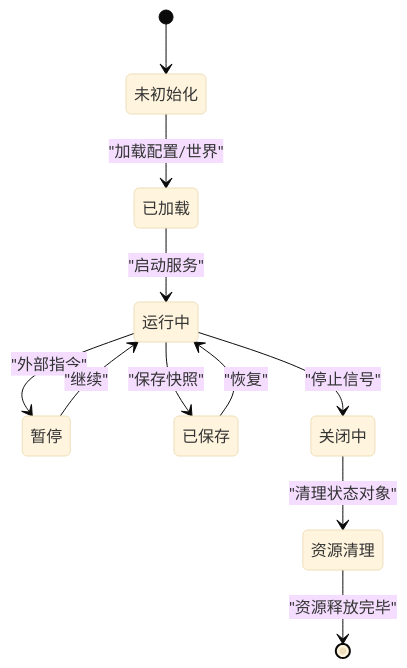
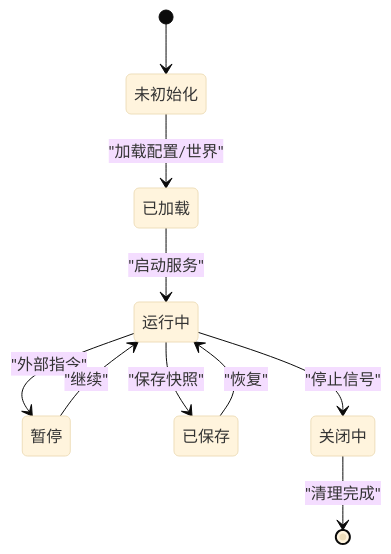
One commit to Ivandanslespace/thegreatnovel changed the sixth of 12 diagrams in .qoder/repowiki/zh/content/运行时系统/运行时核心.md. Above: the diagram before and after it, drawn with Mermaid (base theme). The commit also changed other lines of this file and 100 other files, not shown here.

````diff
--- a/.qoder/repowiki/zh/content/运行时系统/运行时核心.md
+++ b/.qoder/repowiki/zh/content/运行时系统/运行时核心.md
@@ -288,13 +342,12 @@
 ```mermaid
 stateDiagram-v2
 [*] --> 未初始化
 未初始化 --> 已加载 : "加载配置/世界"
 已加载 --> 运行中 : "启动服务"
 运行中 --> 暂停 : "外部指令"
 暂停 --> 运行中 : "继续"
 运行中 --> 已保存 : "保存快照"
 已保存 --> 运行中 : "恢复"
 运行中 --> 关闭中 : "停止信号"
-关闭中 --> 资源清理 : "清理状态对象"
-资源清理 --> [*] : "资源释放完毕"
+关闭中 --> [*] : "清理完成"
 ```
````
